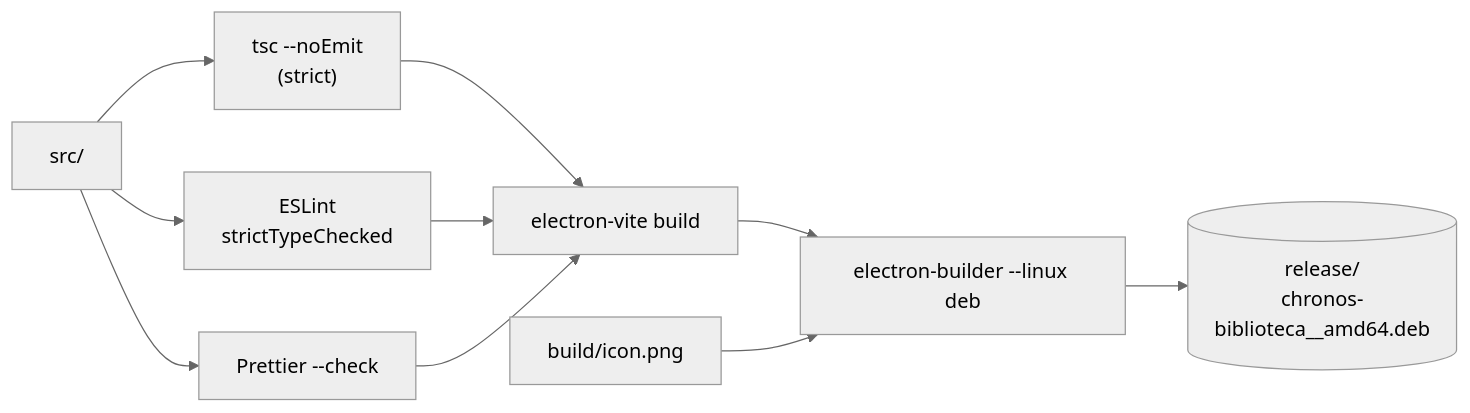
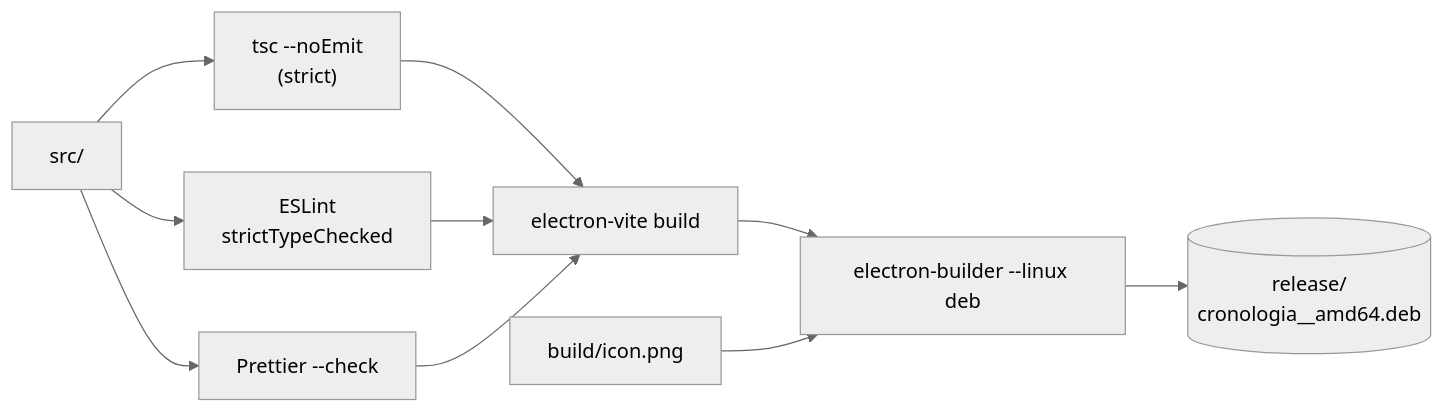
Before and after one commit to chronos-atalante/chronos-biblioteca: the fourth of 5 diagrams in README.md, drawn with Mermaid (neutral theme). The commit also changed other lines of this file and 66 other files, not shown here.

First line of the commit message:
refactor: rename project from "Chronos Biblioteca" to "Cronologia"

````diff
--- a/README.md
+++ b/README.md
@@ -423,12 +423,12 @@
 ```mermaid
 flowchart LR
     SRC["src/"] --> TSC["tsc --noEmit<br/>(strict)"]
     SRC --> ESL["ESLint<br/>strictTypeChecked"]
     SRC --> PRT["Prettier --check"]
     TSC --> VITE["electron-vite build"]
     ESL --> VITE
     PRT --> VITE
     VITE --> EB["electron-builder --linux deb"]
     ICON["build/icon.png"] --> EB
-    EB --> DEB[("release/<br/>chronos-biblioteca_<versão>_amd64.deb")]
+    EB --> DEB[("release/<br/>cronologia_<versão>_amd64.deb")]
 ```
````
